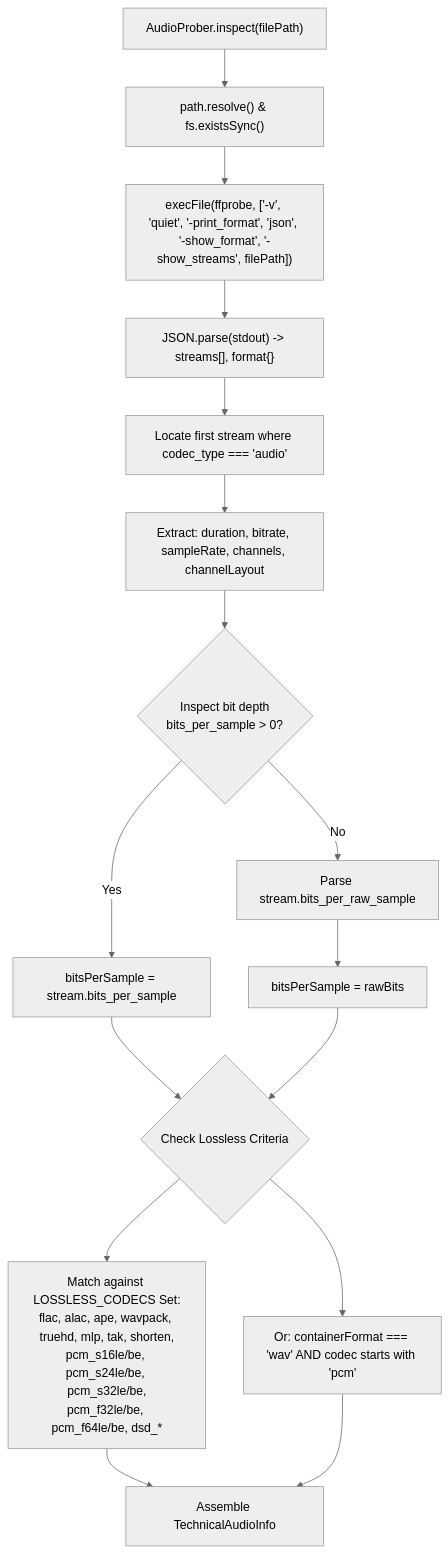
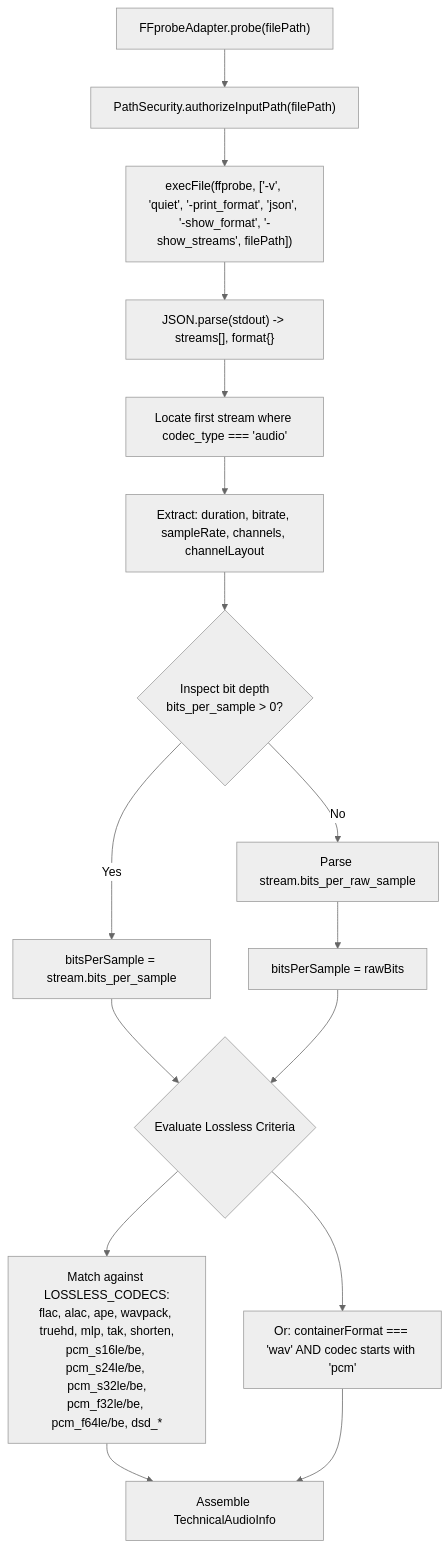
The fifth of 8 diagrams in README.md (Manishtripathi-108/my-music), drawn with Mermaid (neutral theme) before and after one commit. The commit also changed other lines of this file and 3 other files, not shown here.

First line of the commit message:
Refactor media schemas export structure

````diff
--- a/README.md
+++ b/README.md
@@ -239,23 +381,23 @@
 ```mermaid
 flowchart TD
-    Start["AudioProber.inspect(filePath)"] --> Resolve["path.resolve() & fs.existsSync()"]
-    Resolve --> Exec["execFile(ffprobe, ['-v', 'quiet', '-print_format', 'json', '-show_format', '-show_streams', filePath])"]
+    Start["FFprobeAdapter.probe(filePath)"] --> Auth["PathSecurity.authorizeInputPath(filePath)"]
+    Auth --> Exec["execFile(ffprobe, ['-v', 'quiet', '-print_format', 'json', '-show_format', '-show_streams', filePath])"]
     Exec --> Parse["JSON.parse(stdout) -> streams[], format{}"]
-    
+
     Parse --> FindAudio["Locate first stream where codec_type === 'audio'"]
     FindAudio --> Metrics["Extract: duration, bitrate, sampleRate, channels, channelLayout"]
-    
+
     Metrics --> BitDepth{"Inspect bit depth\nbits_per_sample > 0?"}
     BitDepth -->|Yes| SetBits["bitsPerSample = stream.bits_per_sample"]
     BitDepth -->|No| CheckRaw["Parse stream.bits_per_raw_sample"]
     CheckRaw --> SetBitsRaw["bitsPerSample = rawBits"]
-    
-    SetBits --> LosslessCheck{"Check Lossless Criteria"}
+
+    SetBits --> LosslessCheck{"Evaluate Lossless Criteria"}
     SetBitsRaw --> LosslessCheck
 
-    LosslessCheck --> LosslessSet["Match against LOSSLESS_CODECS Set:\nflac, alac, ape, wavpack, truehd, mlp, tak, shorten,\npcm_s16le/be, pcm_s24le/be, pcm_s32le/be,\npcm_f32le/be, pcm_f64le/be, dsd_*"]
+    LosslessCheck --> LosslessSet["Match against LOSSLESS_CODECS:\nflac, alac, ape, wavpack, truehd, mlp, tak, shorten,\npcm_s16le/be, pcm_s24le/be, pcm_s32le/be,\npcm_f32le/be, pcm_f64le/be, dsd_*"]
     LosslessCheck --> WavCheck["Or: containerFormat === 'wav' AND codec starts with 'pcm'"]
-    
+
     LosslessSet --> Output["Assemble TechnicalAudioInfo"]
     WavCheck --> Output
 ```
````
